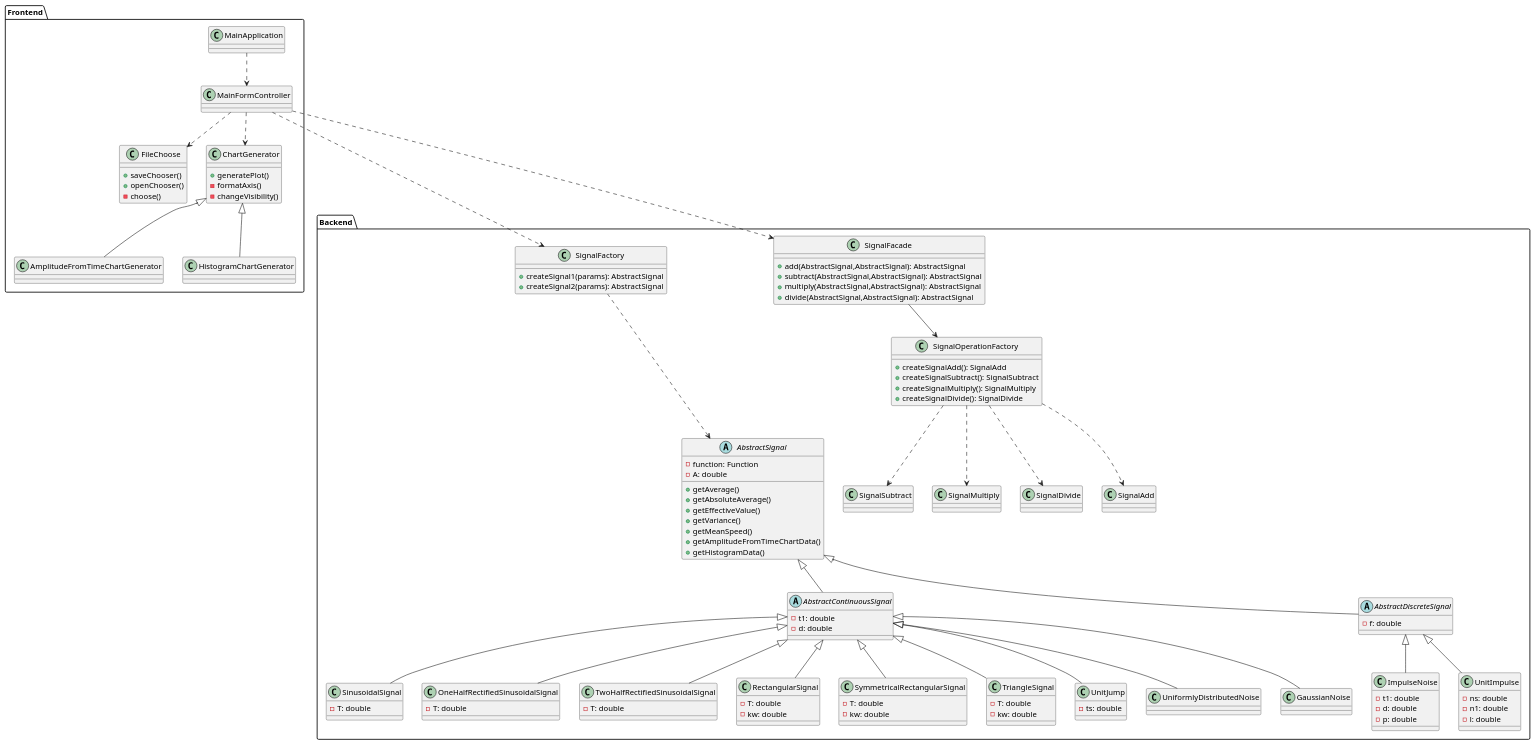
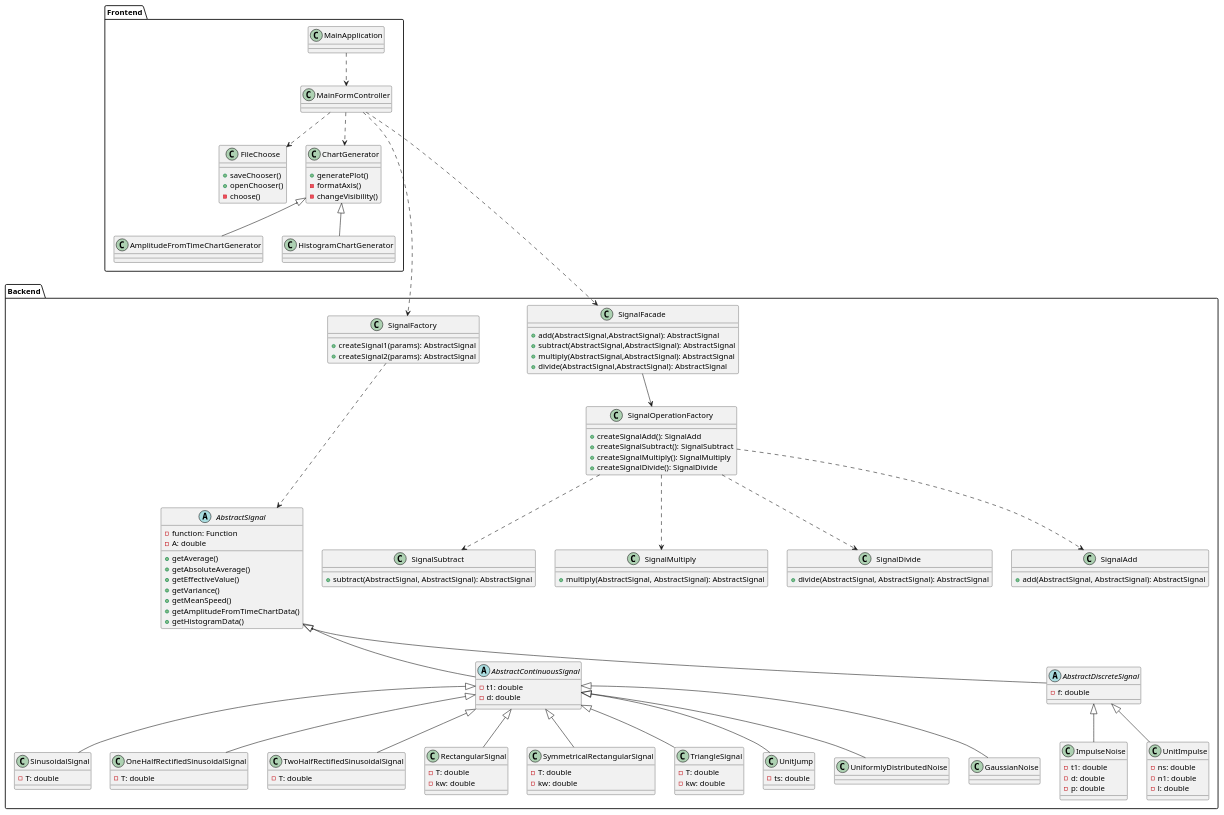
Before and after one commit to RadekBucki/DigitalSignalProcessing: the diagram in README.md, drawn with PlantUML.

Commit message:
Add signal operations methods

````diff
--- a/README.md
+++ b/README.md
@@ -99,10 +99,18 @@
     
     SignalFacade --> SignalOperationFactory
     
-    class SignalAdd
-    class SignalSubtract
-    class SignalMultiply
-    class SignalDivide
+    class SignalAdd {
+        + add(AbstractSignal, AbstractSignal): AbstractSignal
+    }
+    class SignalSubtract {
+        + subtract(AbstractSignal, AbstractSignal): AbstractSignal
+    }
+    class SignalMultiply {
+        + multiply(AbstractSignal, AbstractSignal): AbstractSignal
+    }
+    class SignalDivide {
+        + divide(AbstractSignal, AbstractSignal): AbstractSignal
+    }
     
     SignalOperationFactory ..> SignalAdd
     SignalOperationFactory ..> SignalSubtract
@@ -134,6 +142,6 @@
     ChartGenerator <|-- AmplitudeFromTimeChartGenerator
     ChartGenerator <|-- HistogramChartGenerator
 }
-MainFormController ...> SignalFacade
-MainFormController ...> SignalFactory
+MainFormController ....> SignalFacade
+MainFormController ....> SignalFactory
 ```
````
